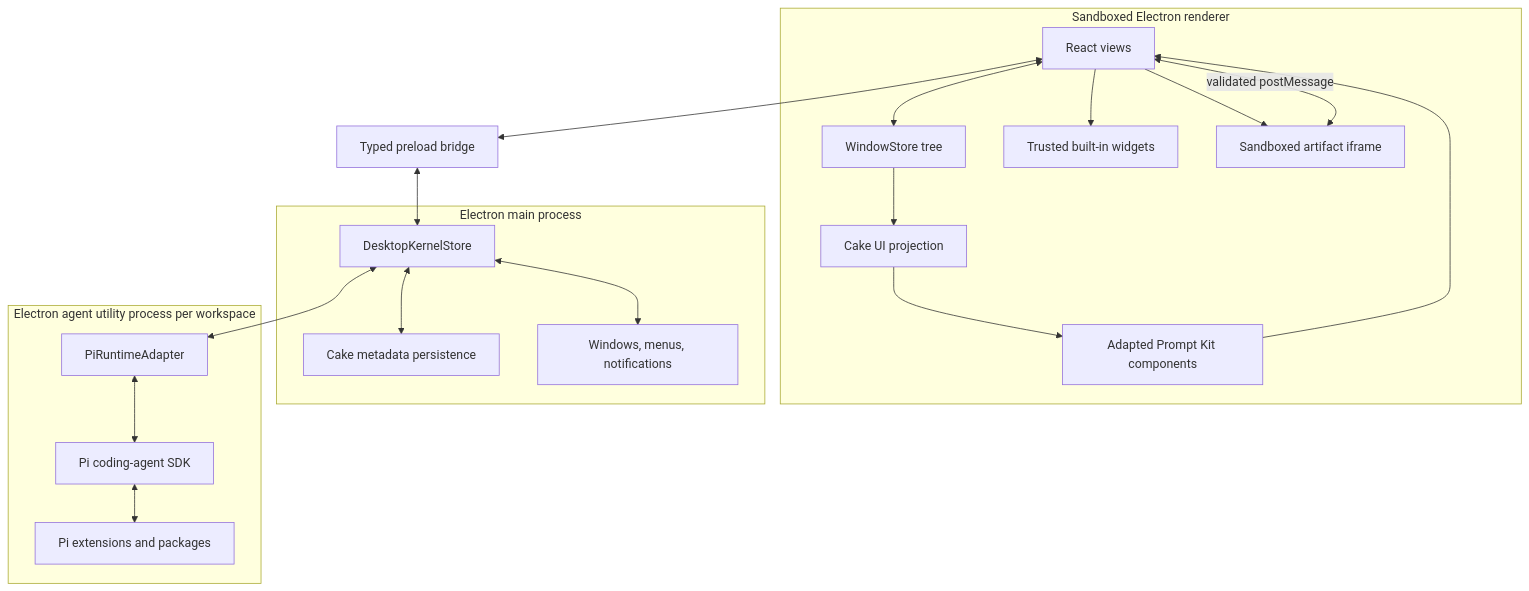
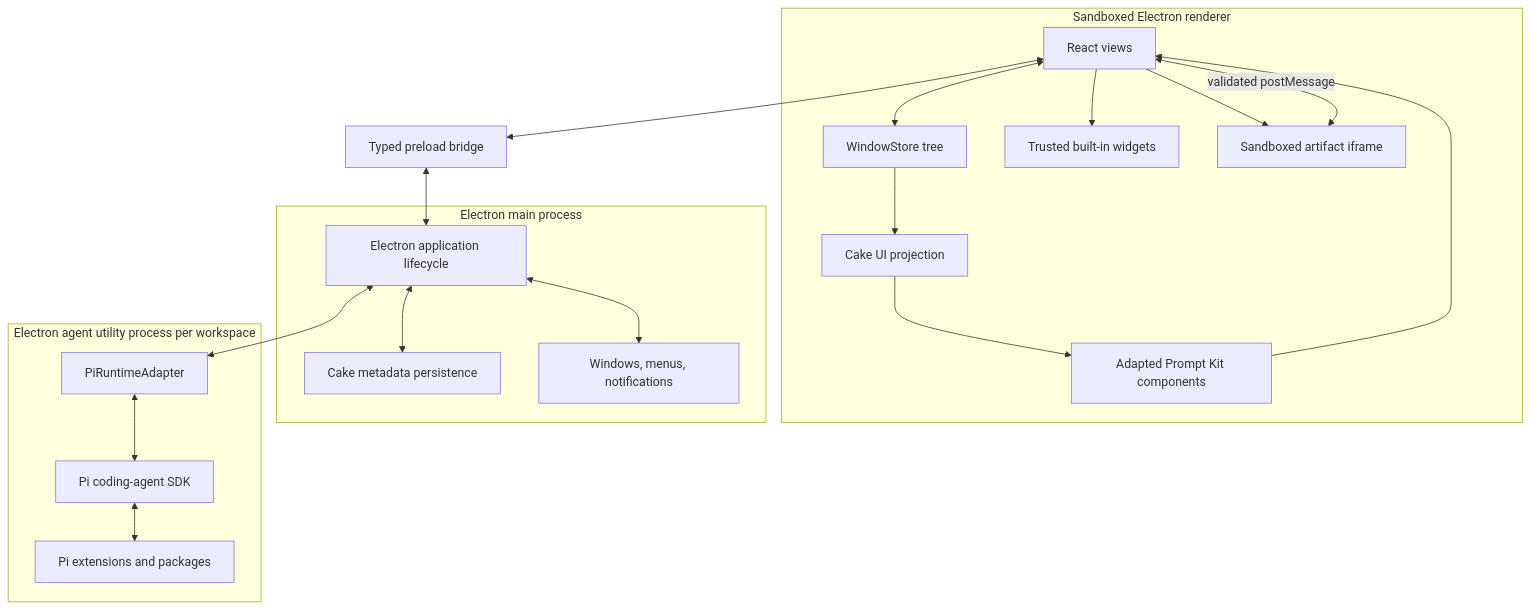
One commit to melnikov-s/cake changed the second of 2 diagrams in PLAN.md. Above: the diagram before and after it, drawn with Mermaid. The commit also changed other lines of this file and 4 other files, not shown here.

````diff
--- a/PLAN.md
+++ b/PLAN.md
@@ -185,40 +185,40 @@
 ```mermaid
 flowchart TB
     subgraph Renderer["Sandboxed Electron renderer"]
         React["React views"]
         WindowStore["WindowStore tree"]
         UiAdapter["Cake UI projection"]
         PromptKit["Adapted Prompt Kit components"]
         Builtins["Trusted built-in widgets"]
         Frame["Sandboxed artifact iframe"]
         React <--> WindowStore
         WindowStore --> UiAdapter
         UiAdapter --> PromptKit
         PromptKit --> React
         React --> Builtins
         React --> Frame
     end
 
     Preload["Typed preload bridge"]
 
     subgraph Main["Electron main process"]
-        Kernel["DesktopKernelStore"]
+        Lifecycle["Electron application lifecycle"]
         Persist["Cake metadata persistence"]
         Windows["Windows, menus, notifications"]
     end
 
     subgraph Agent["Electron agent utility process per workspace"]
         Adapter["PiRuntimeAdapter"]
         Pi["Pi coding-agent SDK"]
         Extensions["Pi extensions and packages"]
         Adapter <--> Pi
         Pi <--> Extensions
     end
 
     React <--> Preload
-    Preload <--> Kernel
-    Kernel <--> Persist
-    Kernel <--> Windows
-    Kernel <--> Adapter
+    Preload <--> Lifecycle
+    Lifecycle <--> Persist
+    Lifecycle <--> Windows
+    Lifecycle <--> Adapter
     Frame <-->|"validated postMessage"| React
 ```
````
